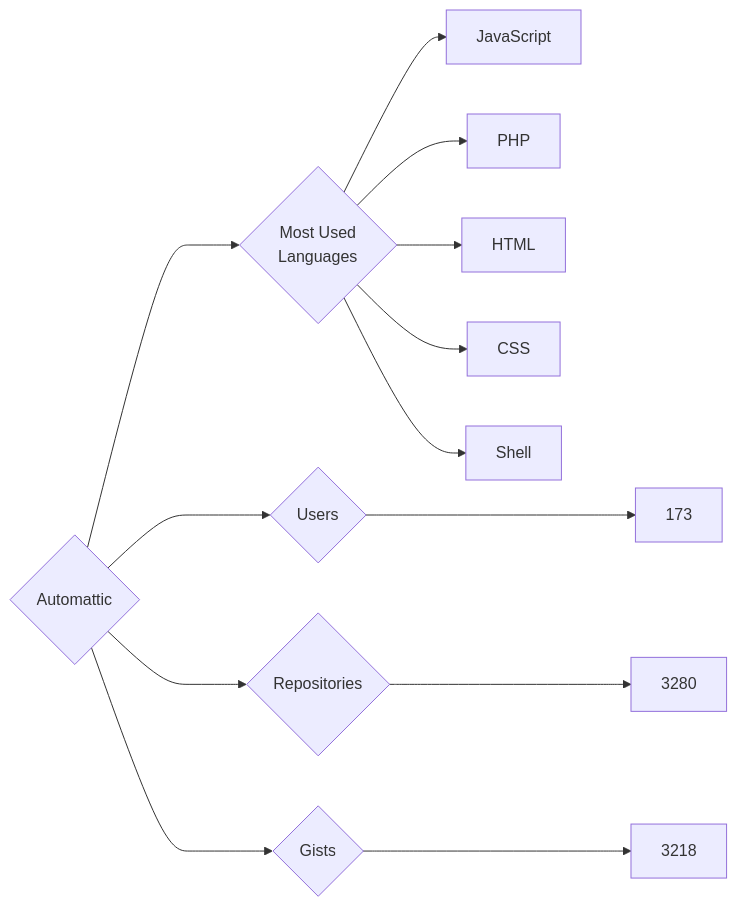
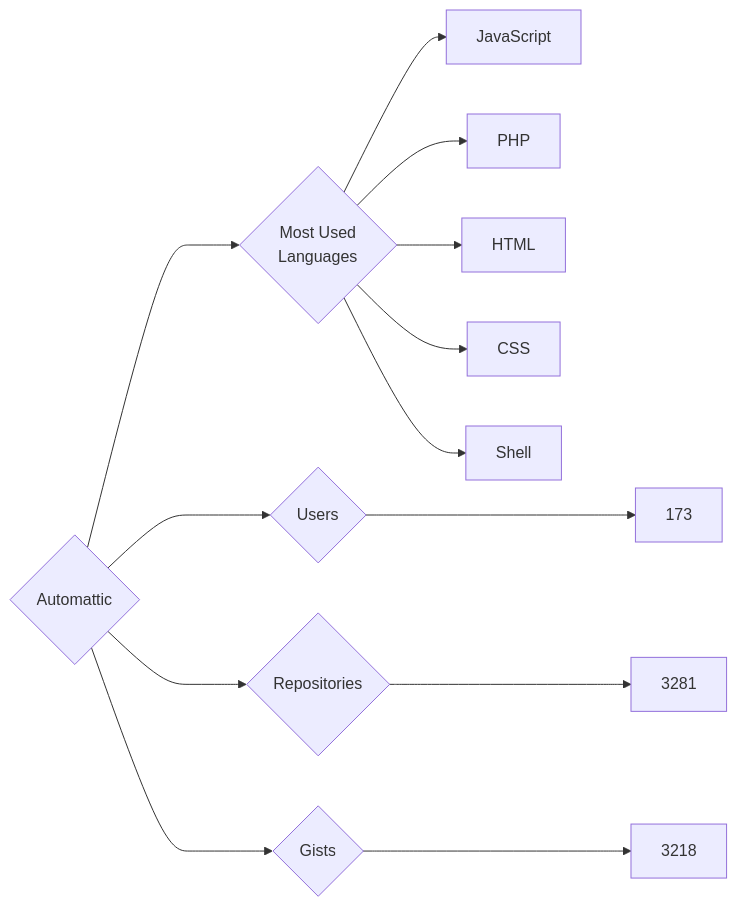
The diagram in targets/Automattic/README.md (trickest/insiders), drawn with Mermaid before and after one commit. The commit also changed 688 other files, not shown here.

````diff
--- a/targets/Automattic/README.md
+++ b/targets/Automattic/README.md
@@ -3,13 +3,13 @@
 ```mermaid
 graph LR
 COMPANY_NAME{Automattic}
 COMPANY_NAME ---> U{Users} ---> UN[173]
-COMPANY_NAME ---> R{Repositories} ---> RN[3280]
+COMPANY_NAME ---> R{Repositories} ---> RN[3281]
 COMPANY_NAME ---> G{Gists} ---> GN[3218]
 COMPANY_NAME ---> ML{Most Used<br>Languages}
 ML --> JavaScript[JavaScript]
 ML --> PHP[PHP]
 ML --> HTML[HTML]
 ML --> CSS[CSS]
 ML --> Shell[Shell]
 ```
````
